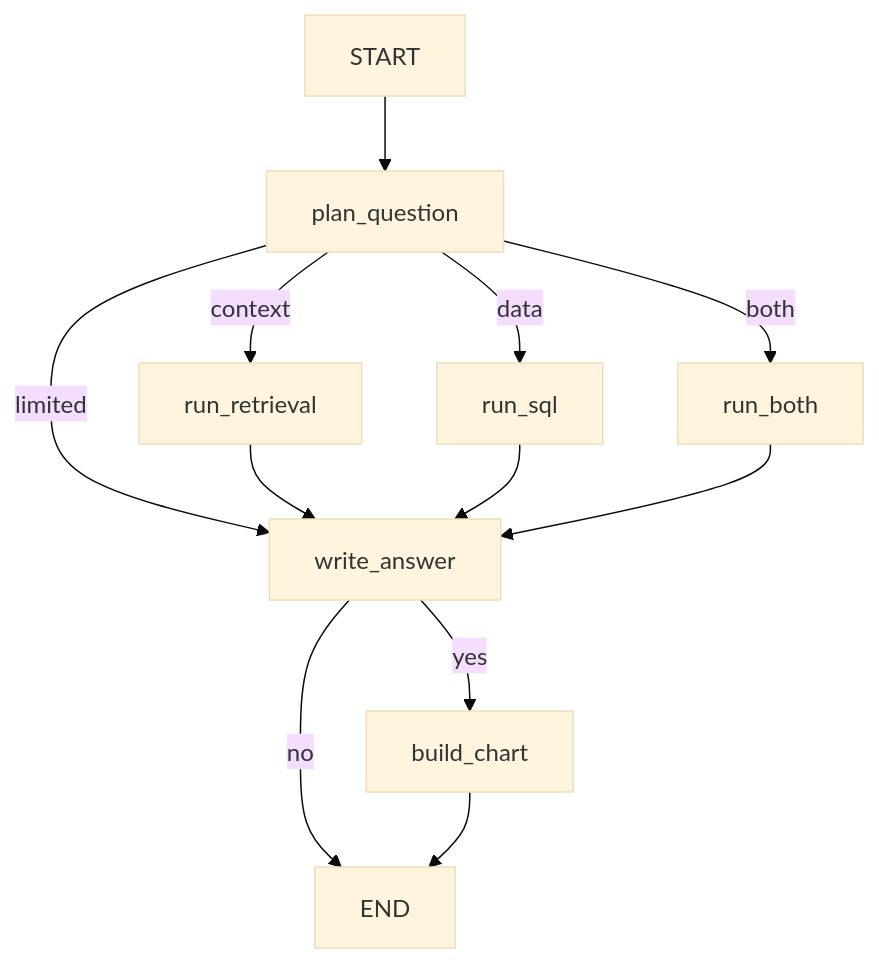
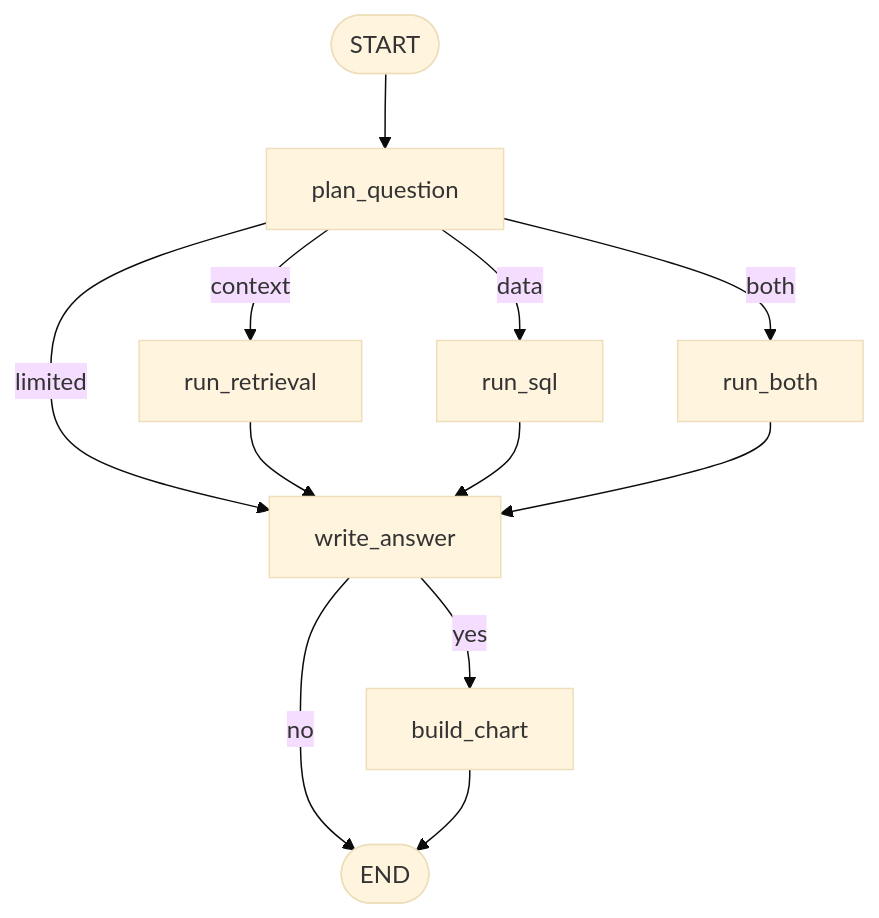
The diagram in README.md (aprirachmadi/tilik-agent), drawn with Mermaid (base theme) before and after one commit. The commit also changed other lines of this file, not shown here.

````diff
--- a/README.md
+++ b/README.md
@@ -9,14 +51,14 @@
 ```mermaid
 flowchart TD
-  startNode[START] --> plan_question
+  startNode([START]) --> plan_question
   plan_question -->|context| run_retrieval
   plan_question -->|data| run_sql
   plan_question -->|both| run_both
   plan_question -->|limited| write_answer
   run_retrieval --> write_answer
   run_sql --> write_answer
   run_both --> write_answer
   write_answer -->|yes| build_chart
-  write_answer -->|no| endNode[END]
+  write_answer -->|no| endNode([END])
   build_chart --> endNode
 ```
````
